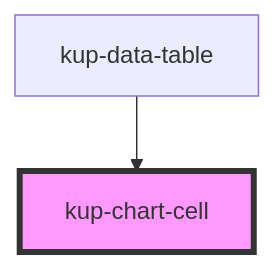
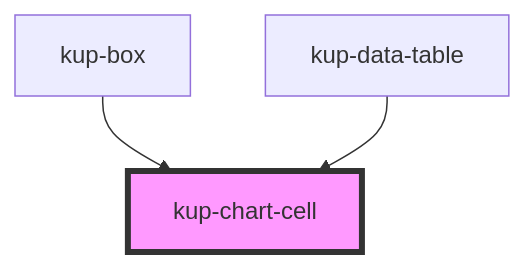
Before and after one commit to smeup/ketchup: the diagram in packages/ketchup/src/components/kup-chart-cell/readme.md, drawn with Mermaid. The commit also changed other lines of this file and 4 other files, not shown here.

Commit message:
Add sparkline charts in Box (with examples)

````diff
--- a/packages/ketchup/src/components/kup-chart-cell/readme.md
+++ b/packages/ketchup/src/components/kup-chart-cell/readme.md
@@ -23,5 +24,6 @@
 ```mermaid
 graph TD;
+  kup-box --> kup-chart-cell
   kup-data-table --> kup-chart-cell
   style kup-chart-cell fill:#f9f,stroke:#333,stroke-width:4px
 ```
````
